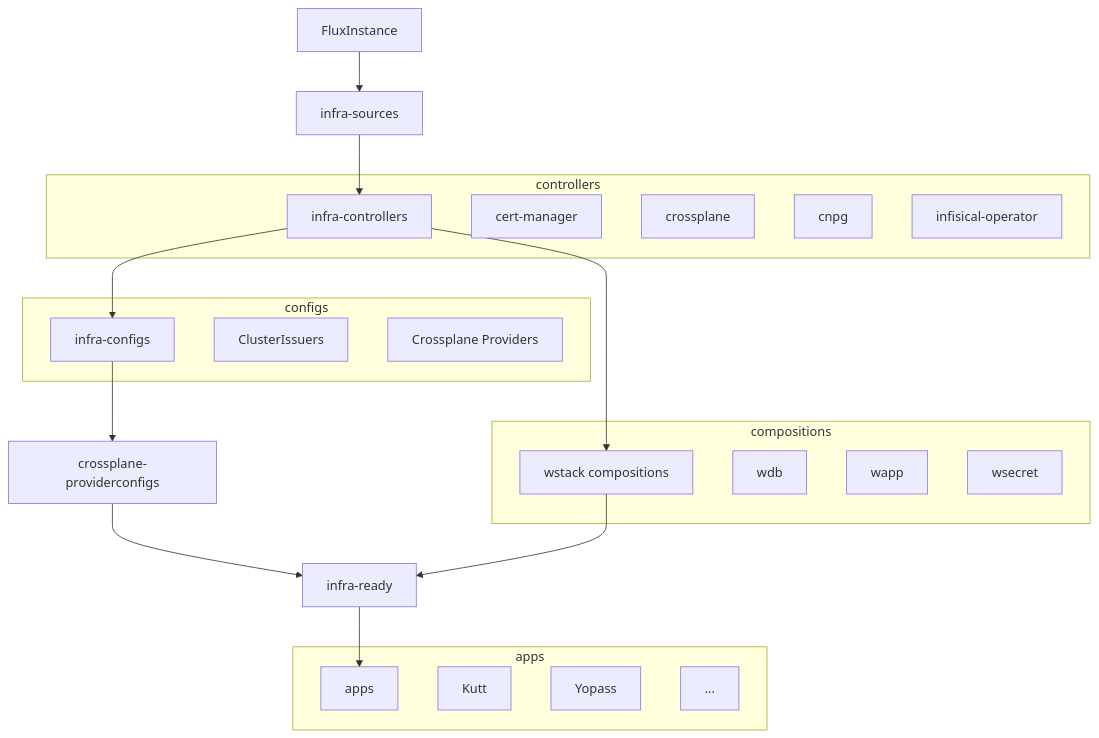
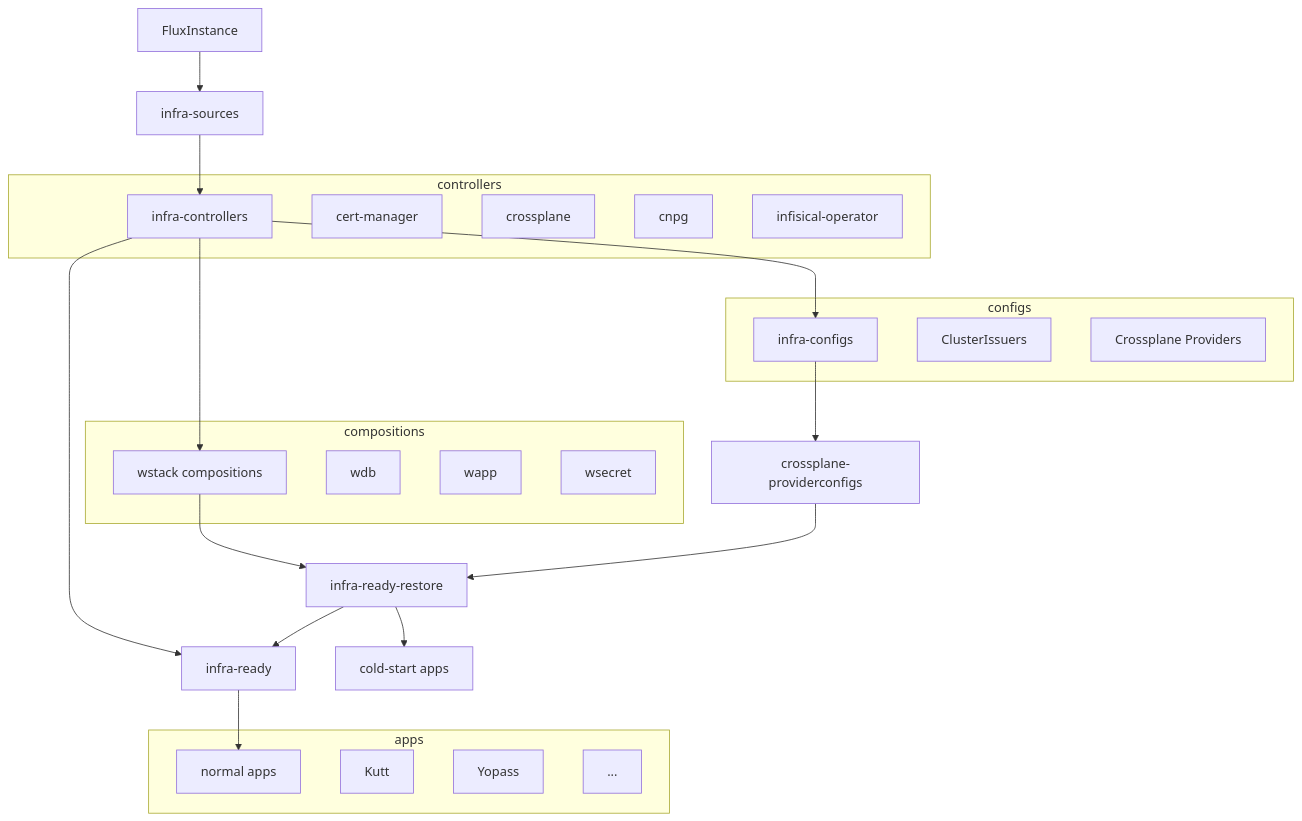
One commit to vtmocanu/hai changed the second of 2 diagrams in migrations/argocd-to-flux.md. Above: the diagram before and after it, drawn with Mermaid. The commit also changed other lines of this file and 8 other files, not shown here.

````diff
--- a/migrations/argocd-to-flux.md
+++ b/migrations/argocd-to-flux.md
@@ -760,39 +772,42 @@
 ```mermaid
 graph TD
     FI[FluxInstance] --> IS[infra-sources]
     IS --> IC[infra-controllers]
     IC --> ICfg[infra-configs]
     IC --> WSTACK[wstack compositions]
     ICfg --> PC[crossplane-providerconfigs]
-    PC --> RDY[infra-ready]
-    WSTACK --> RDY
-    RDY --> Apps[apps]
+    PC --> RR[infra-ready-restore]
+    WSTACK --> RR
+    RR --> RDY[infra-ready]
+    RR --> RestoreApps[cold-start apps]
+    IC --> RDY
+    RDY --> Apps[normal apps]
 
     subgraph "controllers"
         IC
         CM[cert-manager]
         XP[crossplane]
         CNPG[cnpg]
         IO[infisical-operator]
     end
 
     subgraph "configs"
         ICfg
         CI[ClusterIssuers]
         XProv[Crossplane Providers]
     end
 
     subgraph "compositions"
         WSTACK
         WDB[wdb]
         WAPP[wapp]
         WSEC[wsecret]
     end
 
     subgraph "apps"
         Apps
         Kutt
         Yopass
         Other[...]
     end
 ```
````
